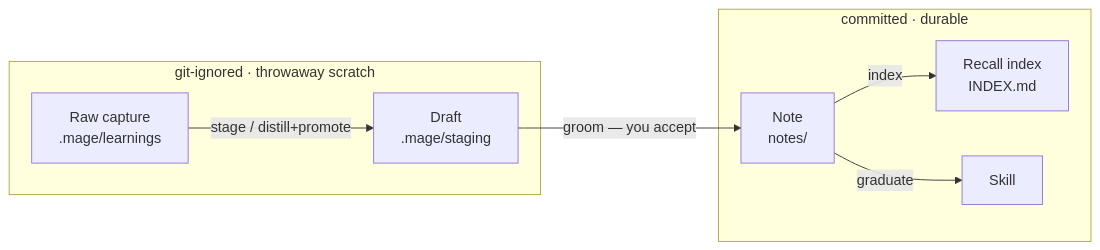
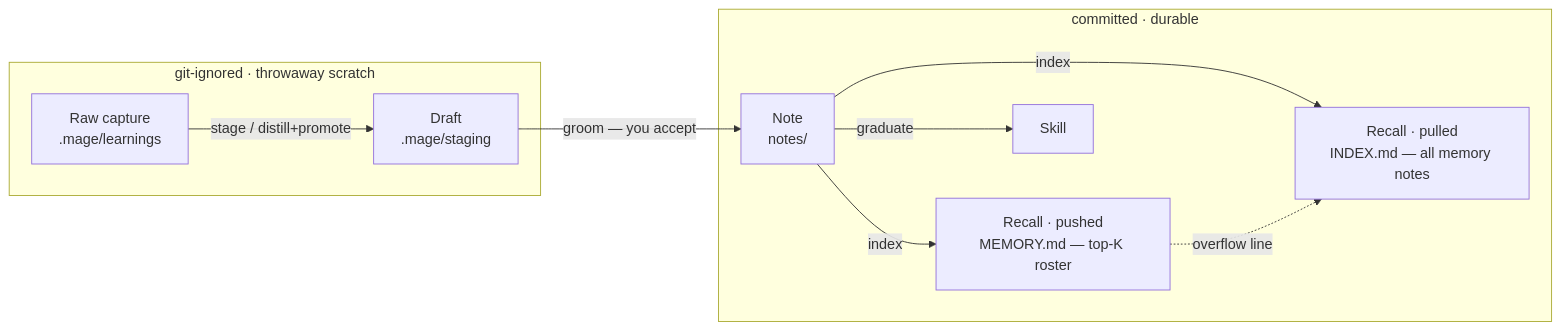
Before and after one commit to Sumit1993/mage-memory: the second of 3 diagrams in docs/src/content/docs/loop/overview.md, drawn with Mermaid. The commit also changed 5 other files, not shown here.

````diff
--- a/docs/src/content/docs/loop/overview.md
+++ b/docs/src/content/docs/loop/overview.md
@@ -55,16 +55,19 @@
-```mermaid The states a lesson moves through: git-ignored throwaway scratch (raw capture, then draft) on the left flows rightward into the committed, durable side — a note, the recall index, and a skill.
+```mermaid The states a lesson moves through: git-ignored throwaway scratch (raw capture, then draft) on the left flows rightward into the committed, durable side — a note, the two recall surfaces it feeds, and a skill.
 flowchart LR
   subgraph IGN["git-ignored · throwaway scratch"]
     raw["Raw capture<br/>.mage/learnings"]
     draft["Draft<br/>.mage/staging"]
   end
   subgraph COM["committed · durable"]
     note["Note<br/>notes/"]
-    index["Recall index<br/>INDEX.md"]
+    index["Recall · pulled<br/>INDEX.md — all memory notes"]
+    mem["Recall · pushed<br/>MEMORY.md — top-K roster"]
     skill["Skill"]
   end
   raw -->|"stage / distill+promote"| draft
   draft -->|"groom — you accept"| note
   note -->|"index"| index
+  note -->|"index"| mem
+  mem -. "overflow line" .-> index
   note -->|"graduate"| skill
 ```
````
